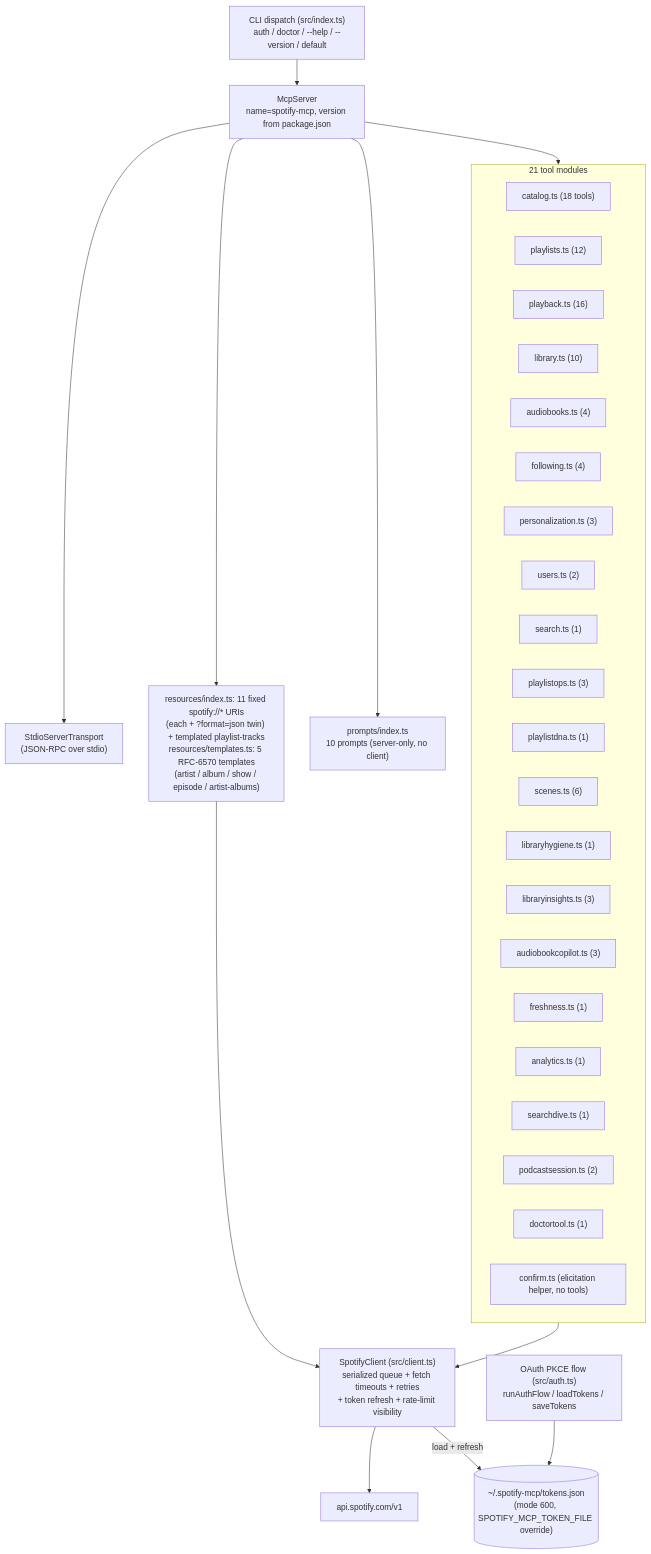
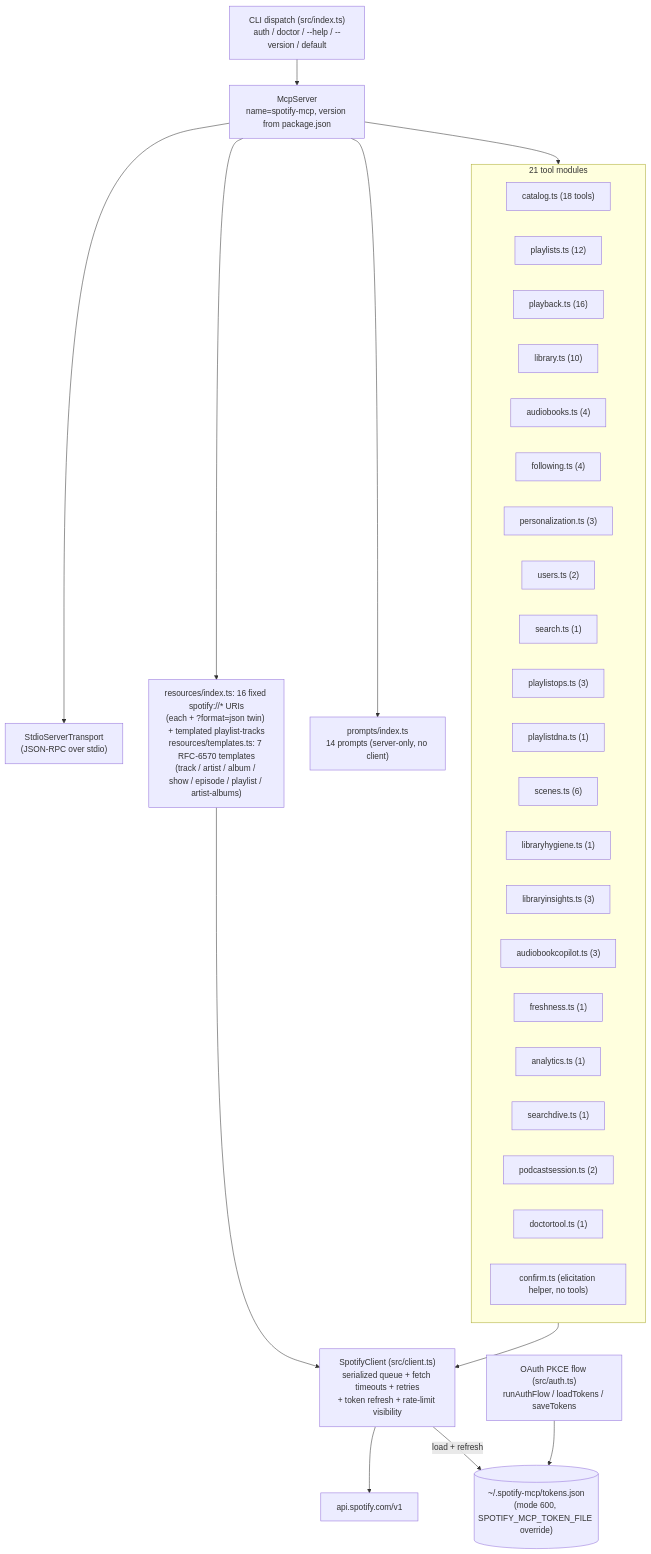
The first of 2 diagrams in ARCHITECTURE.md (NovaLux12/spotify-mcp-server), drawn with Mermaid before and after one commit. The commit also changed other lines of this file and 5 other files, not shown here.

First line of the commit message:
chore(docs): ground README/SPEC for 1.23.0 — 212 tools, 14 prompts, 17 resources

````diff
--- a/ARCHITECTURE.md
+++ b/ARCHITECTURE.md
@@ -7,39 +7,39 @@
 ```mermaid
 flowchart TD
     CLI["CLI dispatch (src/index.ts)<br/>auth / doctor / --help / --version / default"] --> MCP["McpServer<br/>name=spotify-mcp, version from package.json"]
     MCP --> T["StdioServerTransport<br/>(JSON-RPC over stdio)"]
 
     subgraph REG["21 tool modules"]
         CA["catalog.ts (18 tools)"]
         PL["playlists.ts (12)"]
         PB["playback.ts (16)"]
         LI["library.ts (10)"]
         AB["audiobooks.ts (4)"]
         FO["following.ts (4)"]
         PE["personalization.ts (3)"]
         US["users.ts (2)"]
         SE["search.ts (1)"]
         PO["playlistops.ts (3)"]
         PD["playlistdna.ts (1)"]
         SC["scenes.ts (6)"]
         LH["libraryhygiene.ts (1)"]
         LIn["libraryinsights.ts (3)"]
         ABC["audiobookcopilot.ts (3)"]
         FR["freshness.ts (1)"]
         AN["analytics.ts (1)"]
         SD["searchdive.ts (1)"]
         PS["podcastsession.ts (2)"]
         DT["doctortool.ts (1)"]
         CF["confirm.ts (elicitation helper, no tools)"]
     end
     MCP --> REG
 
-    MCP --> RES["resources/index.ts: 11 fixed spotify://* URIs<br/>(each + ?format=json twin) + templated playlist-tracks<br/>resources/templates.ts: 5 RFC-6570 templates<br/>(artist / album / show / episode / artist-albums)"]
-    MCP --> PRM["prompts/index.ts<br/>10 prompts (server-only, no client)"]
+    MCP --> RES["resources/index.ts: 16 fixed spotify://* URIs<br/>(each + ?format=json twin) + templated playlist-tracks<br/>resources/templates.ts: 7 RFC-6570 templates<br/>(track / artist / album / show / episode / playlist / artist-albums)"]
+    MCP --> PRM["prompts/index.ts<br/>14 prompts (server-only, no client)"]
 
     REG --> C
     RES --> C
     C["SpotifyClient (src/client.ts)<br/>serialized queue + fetch timeouts + retries<br/>+ token refresh + rate-limit visibility"] --> API["api.spotify.com/v1"]
     AUTH["OAuth PKCE flow (src/auth.ts)<br/>runAuthFlow / loadTokens / saveTokens"] --> TOK[("~/.spotify-mcp/tokens.json<br/>(mode 600, SPOTIFY_MCP_TOKEN_FILE override)")]
     C -- "load + refresh" --> TOK
 ```
````
